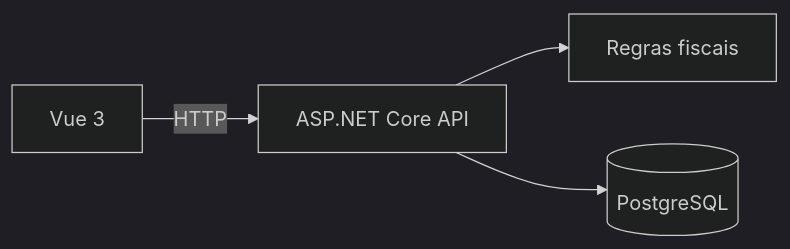
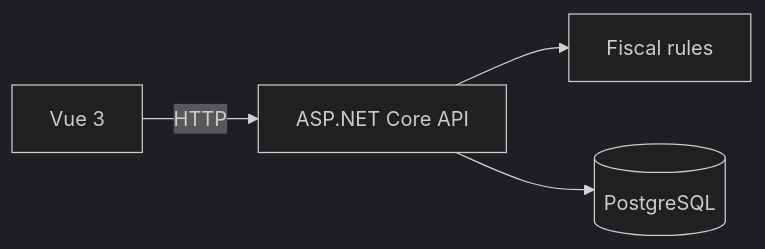
The diagram in README.md (gabrielogutierrez/FiscalFlow), drawn with Mermaid (dark theme) before and after one commit. The commit also changed other lines of this file, not shown here.

````diff
--- a/README.md
+++ b/README.md
@@ -29,6 +33,6 @@
 ```mermaid
 flowchart LR
   A[Vue 3] -->|HTTP| B[ASP.NET Core API]
-  B --> C[Regras fiscais]
+  B --> C[Fiscal rules]
   B --> D[(PostgreSQL)]
 ```
````
